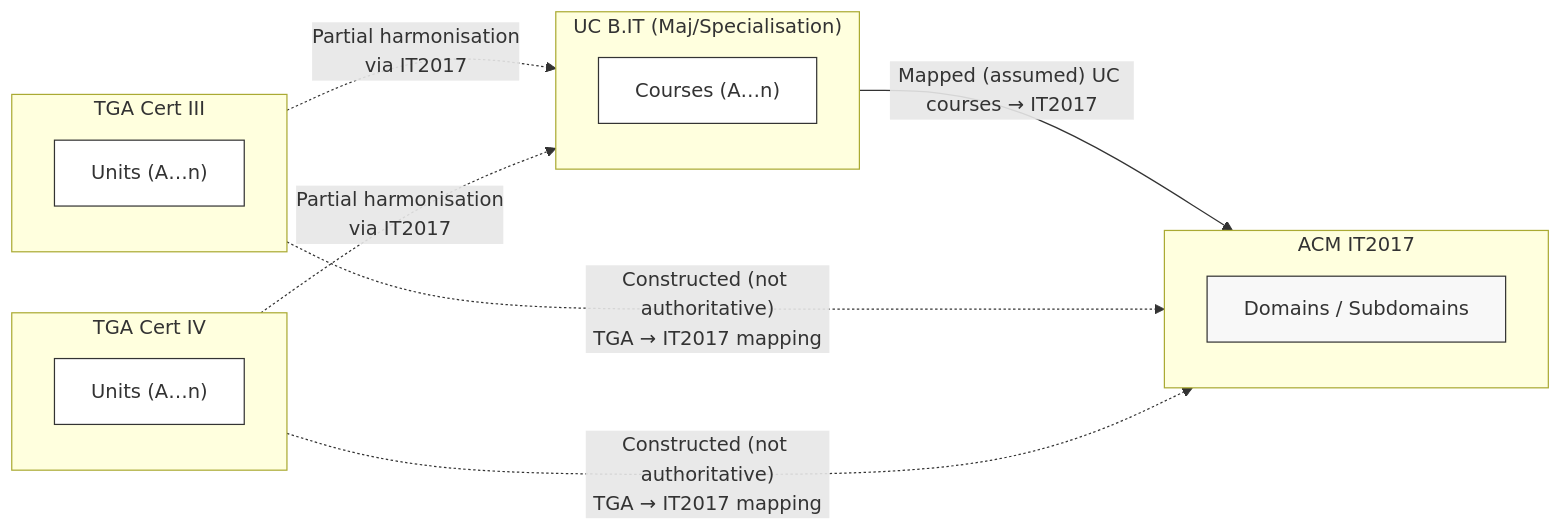
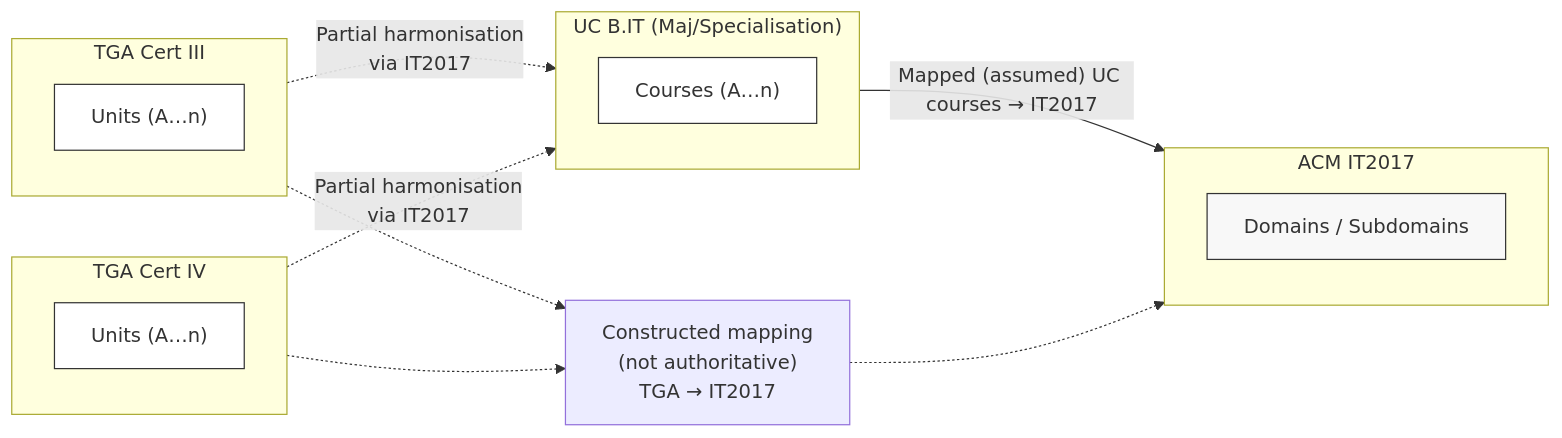
One commit to leskneebone/skills-SPARQL changed the second of 3 diagrams in reports/creditTransferModels.md. Above: the diagram before and after it, drawn with Mermaid.

````diff
--- a/reports/creditTransferModels.md
+++ b/reports/creditTransferModels.md
@@ -41,34 +41,38 @@
 ```mermaid
 flowchart LR
   %% Diagram 2 — attempt mapping via IT2017 (helps HE more than VET)
 
   subgraph CertIII["TGA Cert III"]
     C3["Units (A…n)"]:::unit
   end
 
   subgraph CertIV["TGA Cert IV"]
     C4["Units (A…n)"]:::unit
   end
 
   subgraph UCBIT["UC B.IT (Maj/Specialisation)"]
     UC["Courses (A…n)"]:::unit
   end
 
   subgraph IT2017["ACM IT2017"]
     KA["Domains / Subdomains"]:::scheme
   end
 
   %% HE aligns (assumed mapping)
   UCBIT -- "Mapped (assumed) UC courses → IT2017" --> IT2017
 
   %% VET: possible mapping, with no explicit IT2017 mapping
-  CertIII -. "Constructed (not authoritative)\nTGA → IT2017 mapping" .-> IT2017
-  CertIV  -. "Constructed (not authoritative)\nTGA → IT2017 mapping" .-> IT2017
+VetITMap["Constructed mapping\n(not authoritative)\nTGA → IT2017"]:::mapping
+
+CertIII -.-> VetITMap
+CertIV  -.-> VetITMap
+VetITMap -.-> IT2017
+
 
   %% therefore crosswalk is still partial/uneven
   CertIII -. "Partial harmonisation\nvia IT2017" .-> UCBIT
   CertIV  -. "Partial harmonisation\nvia IT2017" .-> UCBIT
 
   classDef unit fill:#fff,stroke:#333,stroke-width:1px;
   classDef scheme fill:#f8f8f8,stroke:#333,stroke-width:1px;
 ```
````
